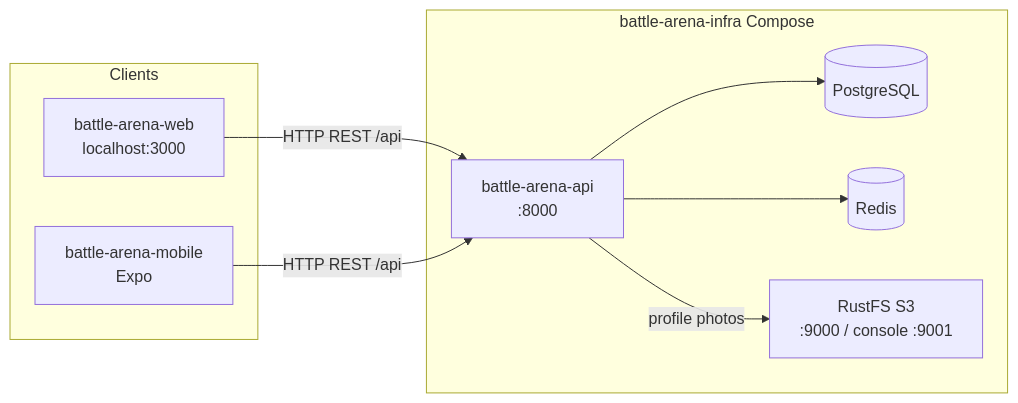
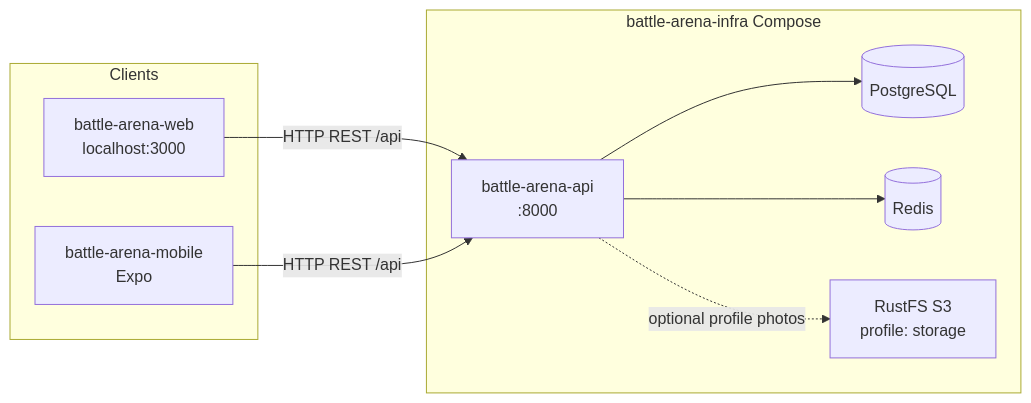
Before and after one commit to davisa0876/battle-arena-infra: the diagram in README.md, drawn with Mermaid. The commit also changed other lines of this file and 2 other files, not shown here.

First line of the commit message:
fix: harden Compose networking, APP_KEY bootstrap, and private storage

````diff
--- a/README.md
+++ b/README.md
@@ -16,20 +16,20 @@
 ```mermaid
 flowchart LR
   subgraph clients [Clients]
     Web[battle-arena-web<br/>localhost:3000]
     Mobile[battle-arena-mobile<br/>Expo]
   end
 
   subgraph compose [battle-arena-infra Compose]
     API[battle-arena-api<br/>:8000]
     PG[(PostgreSQL)]
     Redis[(Redis)]
-    S3[RustFS S3<br/>:9000 / console :9001]
+    S3[RustFS S3<br/>profile: storage]
   end
 
   Web -->|HTTP REST /api| API
   Mobile -->|HTTP REST /api| API
   API --> PG
   API --> Redis
-  API -->|profile photos| S3
+  API -.->|optional profile photos| S3
 ```
````
